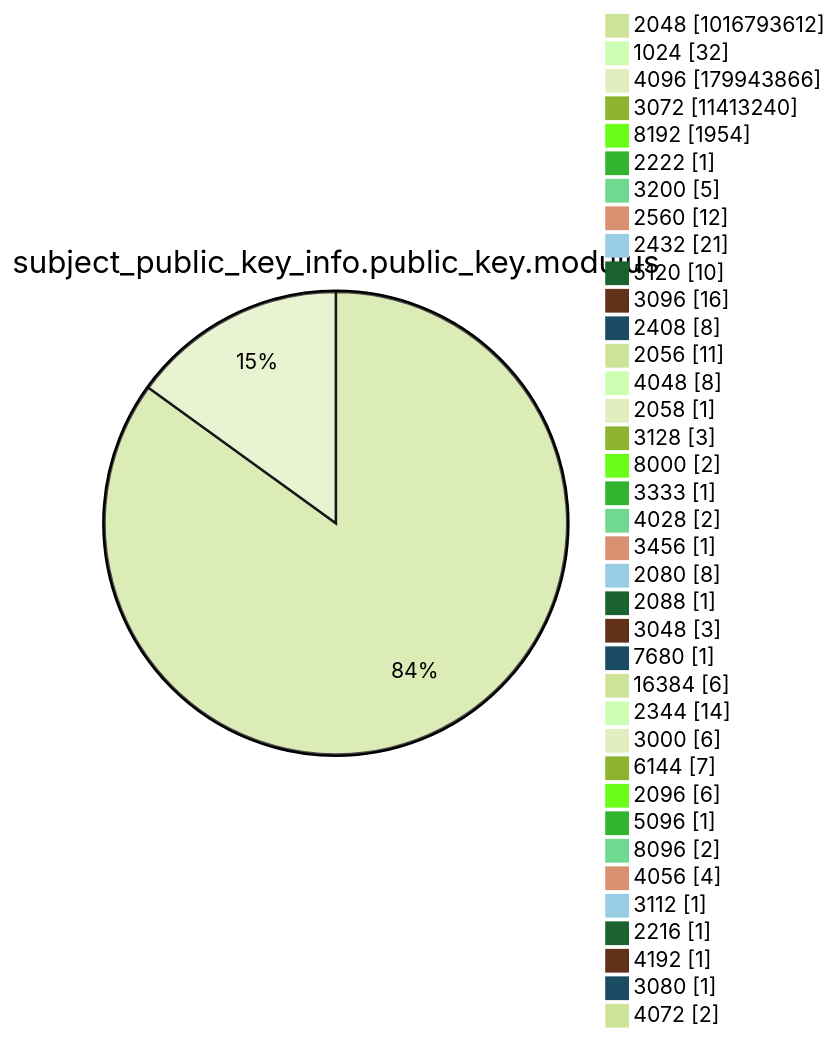
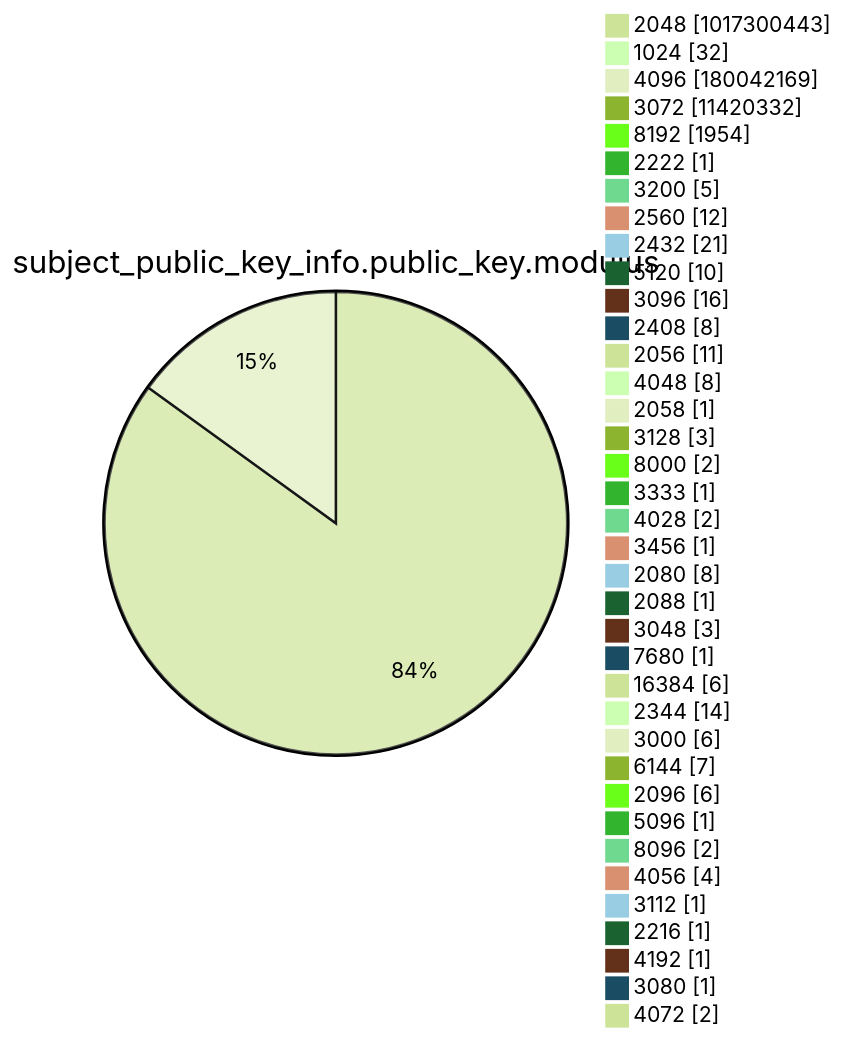
One commit to christiankrug/ctmonitor_visualization changed diagram 13 of 15 in argon2022/README.md. Above: the diagram before and after it, drawn with Mermaid (forest theme). The commit also changed other lines of this file, not shown here.

````diff
--- a/argon2022/README.md
+++ b/argon2022/README.md
@@ -3588,41 +3588,41 @@
 ```mermaid
 pie showData
 title subject_public_key_info.public_key.modulus
-"2048" :1016793612
+"2048" :1017300443
 "1024" :32
-"4096" :179943866
-"3072" :11413240
+"4096" :180042169
+"3072" :11420332
 "8192" :1954
 "2222" :1
 "3200" :5
 "2560" :12
 "2432" :21
 "5120" :10
 "3096" :16
 "2408" :8
 "2056" :11
 "4048" :8
 "2058" :1
 "3128" :3
 "8000" :2
 "3333" :1
 "4028" :2
 "3456" :1
 "2080" :8
 "2088" :1
 "3048" :3
 "7680" :1
 "16384" :6
 "2344" :14
 "3000" :6
 "6144" :7
 "2096" :6
 "5096" :1
 "8096" :2
 "4056" :4
 "3112" :1
 "2216" :1
 "4192" :1
 "3080" :1
 "4072" :2
 ```
````
